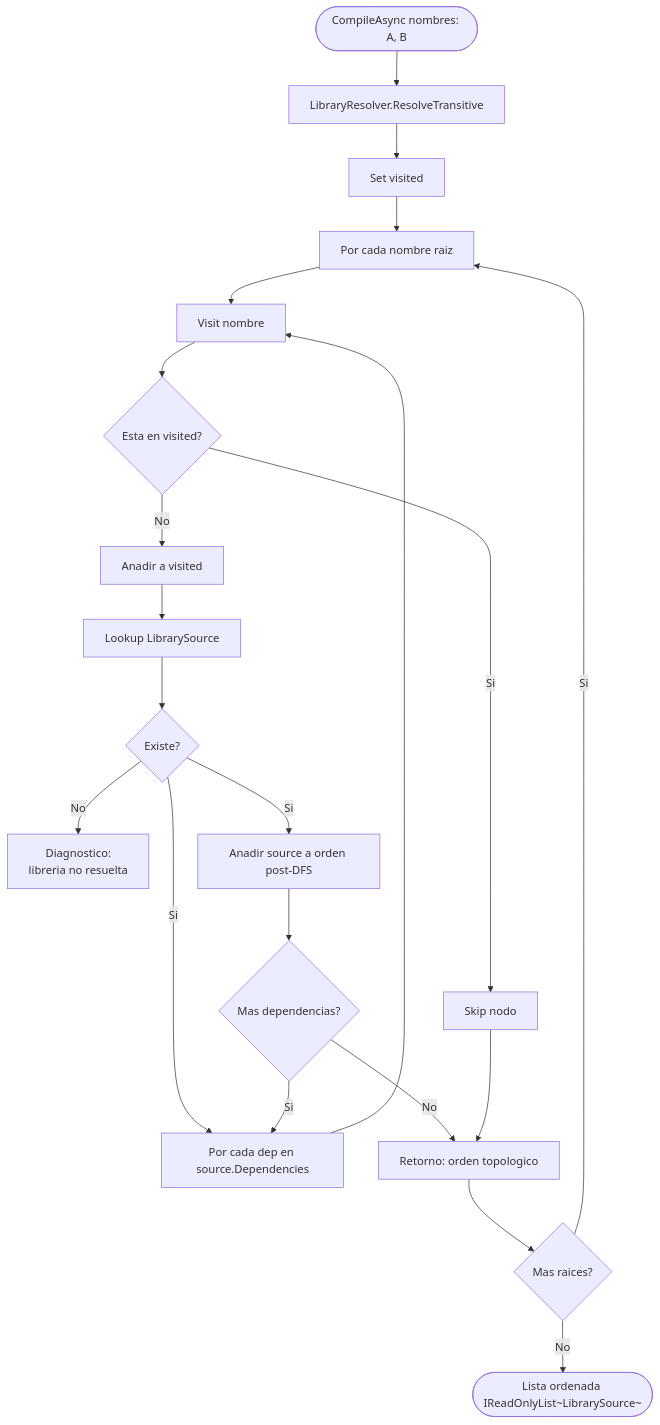
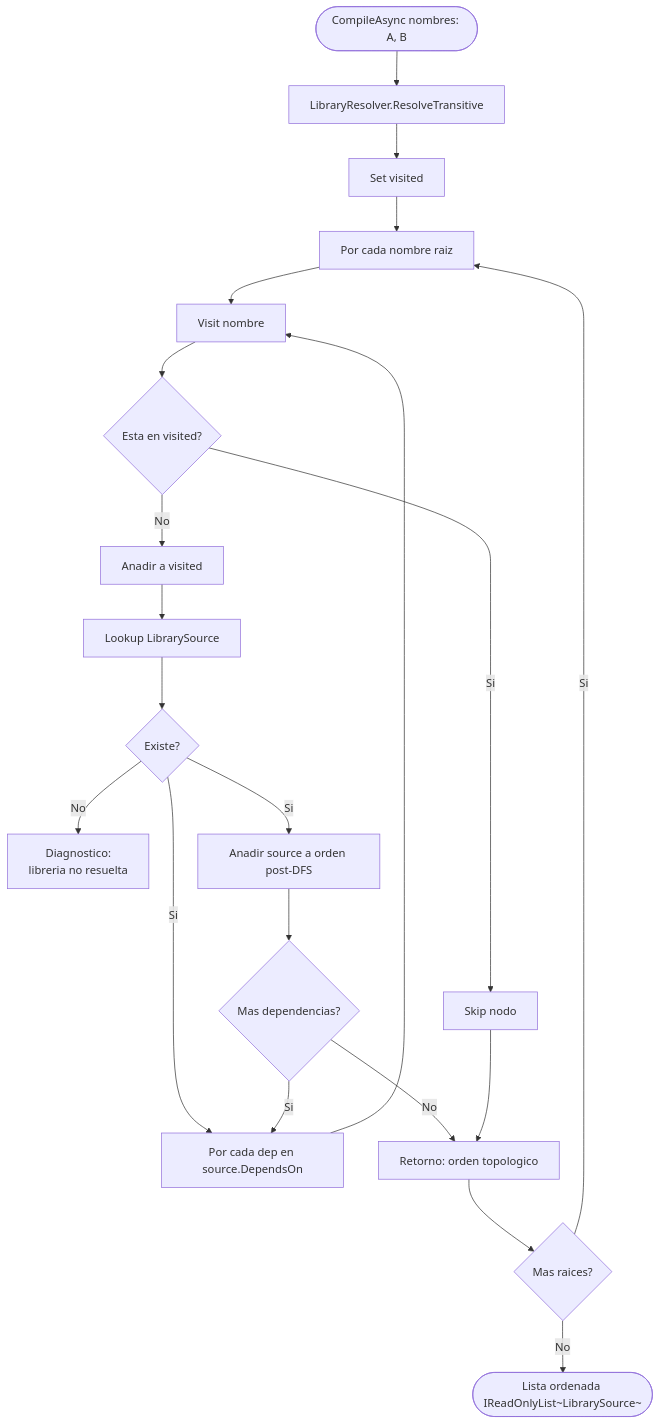
One commit to Kmila9s/LibraryCompiler changed the third of 5 diagrams in README.md. Above: the diagram before and after it, drawn with Mermaid.

````diff
--- a/README.md
+++ b/README.md
@@ -405,23 +405,23 @@
 ```mermaid
 flowchart TD
     A([CompileAsync nombres: A, B]) --> B[LibraryResolver.ResolveTransitive]
     B --> C[Set visited]
     C --> D[Por cada nombre raiz]
     D --> E[Visit nombre]
     E --> F{Esta en visited?}
     F -->|Si| G[Skip nodo]
     F -->|No| H[Anadir a visited]
     H --> I[Lookup LibrarySource]
     I --> J{Existe?}
     J -->|No| K[Diagnostico:<br/>libreria no resuelta]
-    J -->|Si| L[Por cada dep en source.Dependencies]
+    J -->|Si| L[Por cada dep en source.DependsOn]
     L --> E
     J -->|Si| M[Anadir source a orden post-DFS]
     M --> N{Mas dependencias?}
     N -->|Si| L
     N -->|No| O[Retorno: orden topologico]
     G --> O
     O --> P{Mas raices?}
     P -->|Si| D
     P -->|No| Q([Lista ordenada IReadOnlyList~LibrarySource~])
 ```
````
